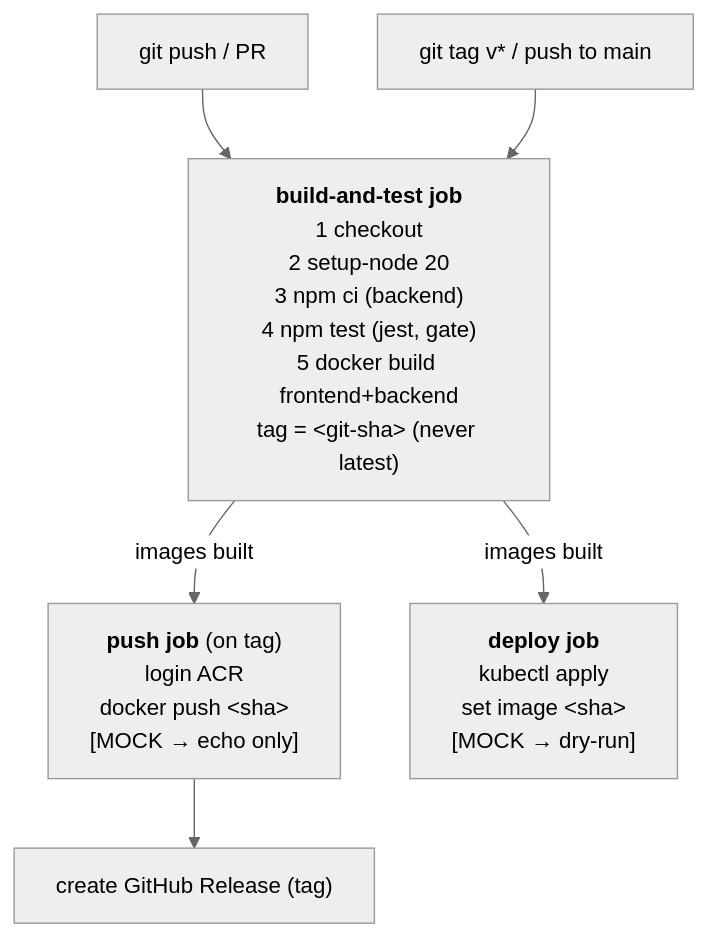
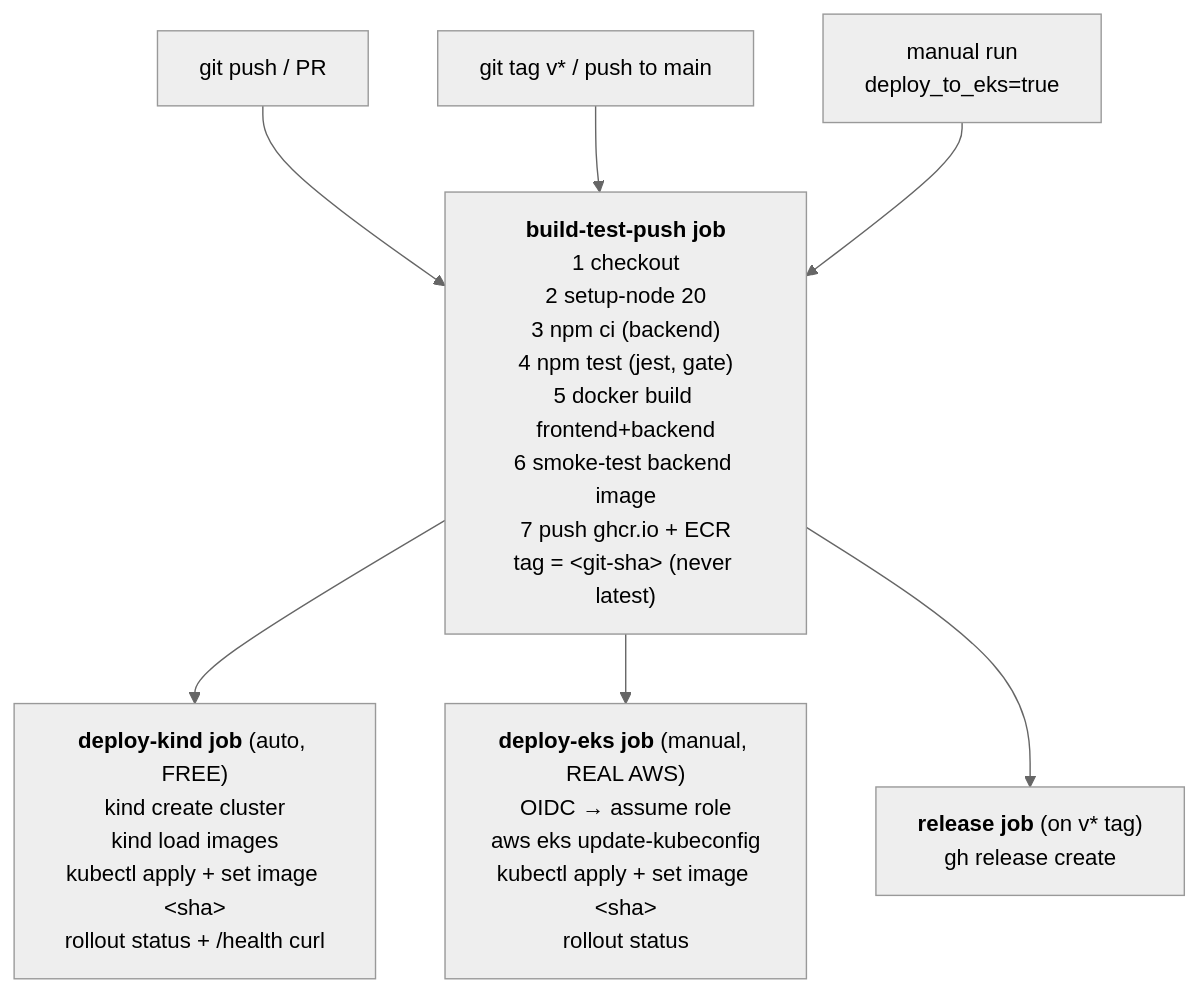
Before and after one commit to Abdullah628/devops-assesment: the second of 3 diagrams in plan.md, drawn with Mermaid (neutral theme). The commit also changed other lines of this file and 3 other files, not shown here.

````diff
--- a/plan.md
+++ b/plan.md
@@ -79,15 +79,16 @@
 ```mermaid
 flowchart TD
     push["git push / PR"] --> build
     tag["git tag v* / push to main"] --> build
+    manual["manual run<br/>deploy_to_eks=true"] --> build
 
-    build["<b>build-and-test job</b><br/>1 checkout<br/>2 setup-node 20<br/>3 npm ci (backend)<br/>4 npm test (jest, gate)<br/>5 docker build frontend+backend<br/>tag = &lt;git-sha&gt; (never latest)"]
+    build["<b>build-test-push job</b><br/>1 checkout<br/>2 setup-node 20<br/>3 npm ci (backend)<br/>4 npm test (jest, gate)<br/>5 docker build frontend+backend<br/>6 smoke-test backend image<br/>7 push ghcr.io + ECR<br/>tag = &lt;git-sha&gt; (never latest)"]
 
-    build -- "images built" --> pushjob
-    build -- "images built" --> deployjob
+    build --> deploykind
+    build --> deployeks
+    build --> release
 
-    pushjob["<b>push job</b> (on tag)<br/>login ACR<br/>docker push &lt;sha&gt;<br/>[MOCK → echo only]"]
-    deployjob["<b>deploy job</b><br/>kubectl apply<br/>set image &lt;sha&gt;<br/>[MOCK → dry-run]"]
-
-    pushjob --> release["create GitHub Release (tag)"]
+    deploykind["<b>deploy-kind job</b> (auto, FREE)<br/>kind create cluster<br/>kind load images<br/>kubectl apply + set image &lt;sha&gt;<br/>rollout status + /health curl"]
+    deployeks["<b>deploy-eks job</b> (manual, REAL AWS)<br/>OIDC → assume role<br/>aws eks update-kubeconfig<br/>kubectl apply + set image &lt;sha&gt;<br/>rollout status"]
+    release["<b>release job</b> (on v* tag)<br/>gh release create"]
 ```
````
